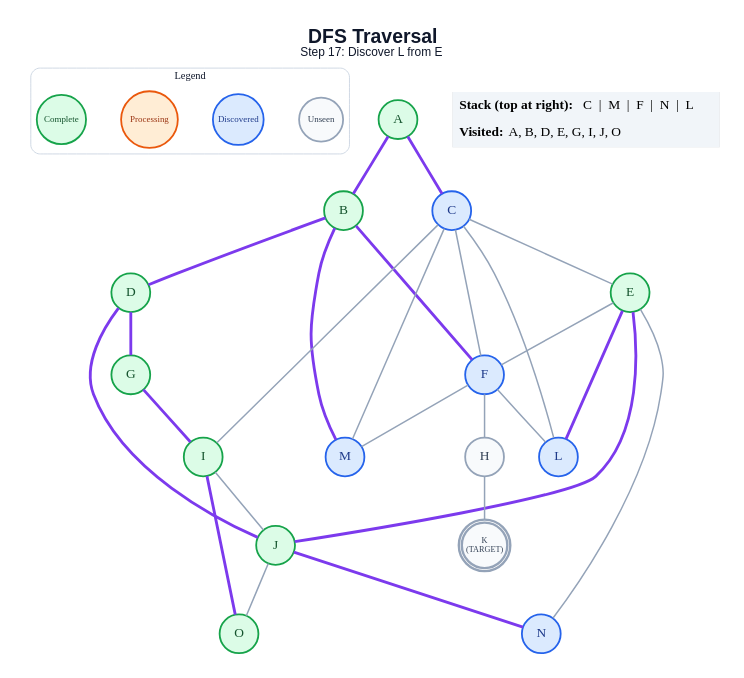
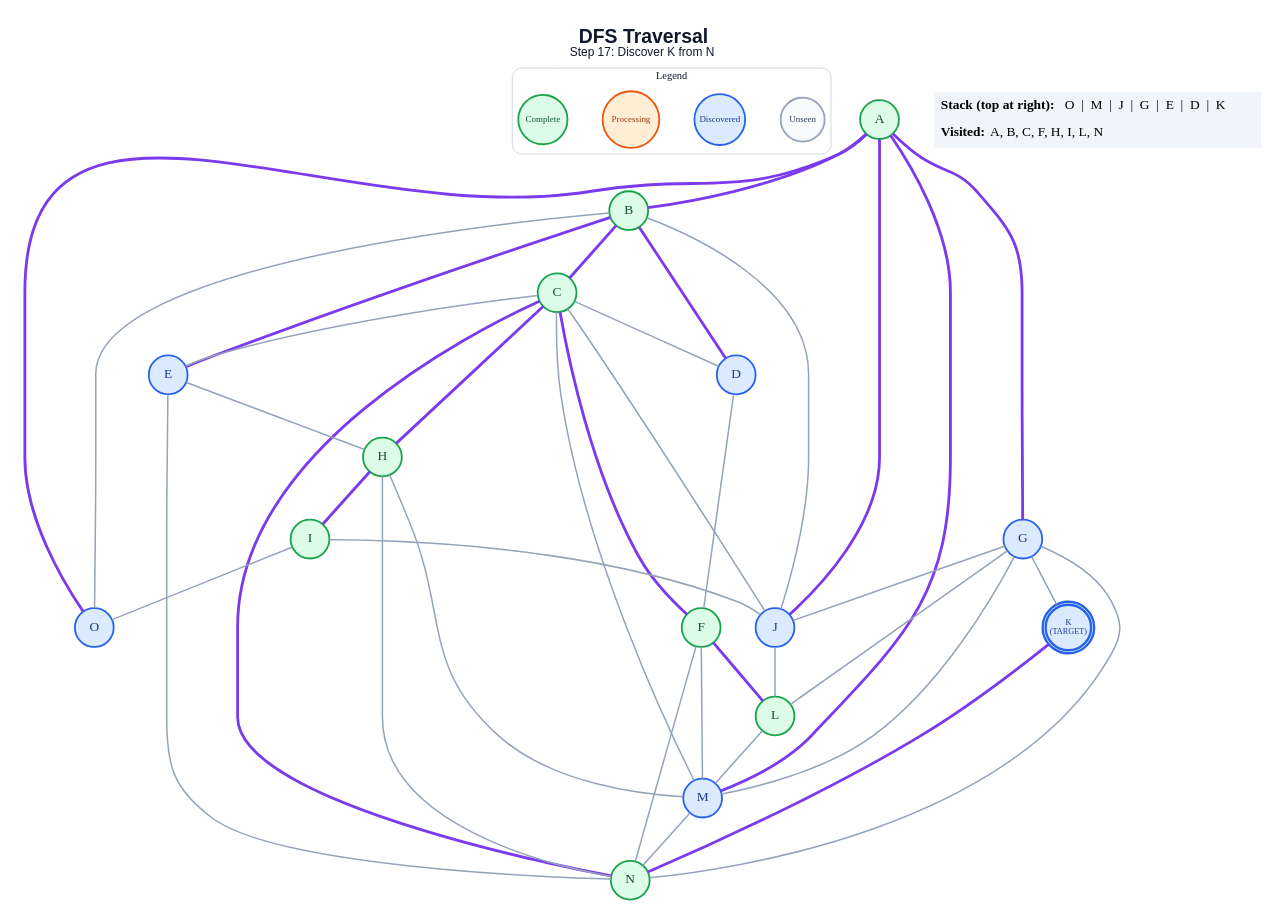
One commit to anon7238593-create/ai-slop changed the diagram in generated/specific-node/dfs/step_17.dot. Above: the diagram before and after it, drawn with Graphviz. The commit also changed 361 other files, not shown here.

```diff
--- a/generated/specific-node/dfs/step_17.dot
+++ b/generated/specific-node/dfs/step_17.dot
@@ -1,59 +1,71 @@
 graph traversal {
   graph [layout=dot, rankdir=TB, bgcolor="#FFFFFF", pad="0.35", nodesep="0.65", ranksep="0.8", fontname="Arial"];
   node [shape=circle, style="filled", fontname="Arial Bold", fontsize=18, width=0.72, fixedsize=true, penwidth=2.4];
   edge [color="#94A3B8", penwidth=2.0];
-  label=<<B>DFS Traversal</B><BR/><FONT POINT-SIZE="16">Step 17: Discover L from E</FONT>>; labelloc="t"; fontsize=26; fontname="Arial"; fontcolor="#0F172A";
+  label=<<B>DFS Traversal</B><BR/><FONT POINT-SIZE="16">Step 17: Discover K from N</FONT>>; labelloc="t"; fontsize=26; fontname="Arial"; fontcolor="#0F172A";
   subgraph cluster_legend { label="Legend"; color="#CBD5E1"; penwidth=1.2; style="rounded"; fontsize=14; fontname="Arial Bold";
     key_unseen [label="Unseen", fillcolor="#F8FAFC", color="#94A3B8", fontcolor="#334155", fontsize=12, width=0.82];
     key_frontier [label="Discovered", fillcolor="#DBEAFE", color="#2563EB", fontcolor="#1E3A8A", fontsize=12, width=0.95];
     key_current [label="Processing", fillcolor="#FFEDD5", color="#EA580C", fontcolor="#9A3412", fontsize=12, width=1.05];
     key_done [label="Complete", fillcolor="#DCFCE7", color="#16A34A", fontcolor="#14532D", fontsize=12, width=0.92];
     { rank=same; key_unseen; key_frontier; key_current; key_done; }
   }
   A [label="A", fillcolor="#DCFCE7", color="#16A34A", fontcolor="#14532D", peripheries=1, penwidth=2.4];
   B [label="B", fillcolor="#DCFCE7", color="#16A34A", fontcolor="#14532D", peripheries=1, penwidth=2.4];
-  C [label="C", fillcolor="#DBEAFE", color="#2563EB", fontcolor="#1E3A8A", peripheries=1, penwidth=2.4];
-  D [label="D", fillcolor="#DCFCE7", color="#16A34A", fontcolor="#14532D", peripheries=1, penwidth=2.4];
-  E [label="E", fillcolor="#DCFCE7", color="#16A34A", fontcolor="#14532D", peripheries=1, penwidth=2.4];
-  F [label="F", fillcolor="#DBEAFE", color="#2563EB", fontcolor="#1E3A8A", peripheries=1, penwidth=2.4];
-  G [label="G", fillcolor="#DCFCE7", color="#16A34A", fontcolor="#14532D", peripheries=1, penwidth=2.4];
-  H [label="H", fillcolor="#F8FAFC", color="#94A3B8", fontcolor="#334155", peripheries=1, penwidth=2.4];
+  C [label="C", fillcolor="#DCFCE7", color="#16A34A", fontcolor="#14532D", peripheries=1, penwidth=2.4];
+  D [label="D", fillcolor="#DBEAFE", color="#2563EB", fontcolor="#1E3A8A", peripheries=1, penwidth=2.4];
+  E [label="E", fillcolor="#DBEAFE", color="#2563EB", fontcolor="#1E3A8A", peripheries=1, penwidth=2.4];
+  F [label="F", fillcolor="#DCFCE7", color="#16A34A", fontcolor="#14532D", peripheries=1, penwidth=2.4];
+  G [label="G", fillcolor="#DBEAFE", color="#2563EB", fontcolor="#1E3A8A", peripheries=1, penwidth=2.4];
+  H [label="H", fillcolor="#DCFCE7", color="#16A34A", fontcolor="#14532D", peripheries=1, penwidth=2.4];
   I [label="I", fillcolor="#DCFCE7", color="#16A34A", fontcolor="#14532D", peripheries=1, penwidth=2.4];
-  J [label="J", fillcolor="#DCFCE7", color="#16A34A", fontcolor="#14532D", peripheries=1, penwidth=2.4];
-  K [label="K\n(TARGET)", fillcolor="#F8FAFC", color="#94A3B8", fontcolor="#334155", peripheries=2, penwidth=3.2, fontsize=11, width=0.85, height=0.85];
-  L [label="L", fillcolor="#DBEAFE", color="#2563EB", fontcolor="#1E3A8A", peripheries=1, penwidth=2.4];
+  J [label="J", fillcolor="#DBEAFE", color="#2563EB", fontcolor="#1E3A8A", peripheries=1, penwidth=2.4];
+  K [label="K\n(TARGET)", fillcolor="#DBEAFE", color="#2563EB", fontcolor="#1E3A8A", peripheries=2, penwidth=3.2, fontsize=11, width=0.85, height=0.85];
+  L [label="L", fillcolor="#DCFCE7", color="#16A34A", fontcolor="#14532D", peripheries=1, penwidth=2.4];
   M [label="M", fillcolor="#DBEAFE", color="#2563EB", fontcolor="#1E3A8A", peripheries=1, penwidth=2.4];
-  N [label="N", fillcolor="#DBEAFE", color="#2563EB", fontcolor="#1E3A8A", peripheries=1, penwidth=2.4];
-  O [label="O", fillcolor="#DCFCE7", color="#16A34A", fontcolor="#14532D", peripheries=1, penwidth=2.4];
+  N [label="N", fillcolor="#DCFCE7", color="#16A34A", fontcolor="#14532D", peripheries=1, penwidth=2.4];
+  O [label="O", fillcolor="#DBEAFE", color="#2563EB", fontcolor="#1E3A8A", peripheries=1, penwidth=2.4];
   A -- B [color="#7C3AED", penwidth=3.8];
-  A -- C [color="#7C3AED", penwidth=3.8];
+  A -- G [color="#7C3AED", penwidth=3.8];
+  A -- J [color="#7C3AED", penwidth=3.8];
+  A -- M [color="#7C3AED", penwidth=3.8];
+  A -- O [color="#7C3AED", penwidth=3.8];
+  B -- C [color="#7C3AED", penwidth=3.8];
   B -- D [color="#7C3AED", penwidth=3.8];
-  B -- F [color="#7C3AED", penwidth=3.8];
-  B -- M [color="#7C3AED", penwidth=3.8];
+  B -- E [color="#7C3AED", penwidth=3.8];
+  B -- J;
+  B -- O;
+  C -- D;
   C -- E;
-  C -- F;
-  C -- I;
-  C -- L;
+  C -- F [color="#7C3AED", penwidth=3.8];
+  C -- H [color="#7C3AED", penwidth=3.8];
+  C -- J;
   C -- M;
-  D -- G [color="#7C3AED", penwidth=3.8];
-  D -- J [color="#7C3AED", penwidth=3.8];
-  E -- F;
-  E -- J [color="#7C3AED", penwidth=3.8];
-  E -- L [color="#7C3AED", penwidth=3.8];
+  C -- N [color="#7C3AED", penwidth=3.8];
+  D -- F;
+  E -- H;
   E -- N;
-  F -- H;
-  F -- L;
+  F -- L [color="#7C3AED", penwidth=3.8];
   F -- M;
-  G -- I [color="#7C3AED", penwidth=3.8];
-  H -- K;
+  F -- N;
+  G -- J;
+  G -- K;
+  G -- L;
+  G -- M;
+  G -- N;
+  H -- I [color="#7C3AED", penwidth=3.8];
+  H -- M;
+  H -- N;
   I -- J;
-  I -- O [color="#7C3AED", penwidth=3.8];
-  J -- N [color="#7C3AED", penwidth=3.8];
-  J -- O;
+  I -- O;
+  J -- L;
+  K -- N [color="#7C3AED", penwidth=3.8];
+  L -- M;
+  M -- N;
   status [shape=plain, fixedsize=false, width=0, height=0, margin=0, label=<
     <TABLE BORDER="0" CELLBORDER="0" CELLPADDING="7" BGCOLOR="#F1F5F9">
-      <TR><TD ALIGN="LEFT"><B>Stack (top at right):</B> C  |  M  |  F  |  N  |  L</TD></TR>
-      <TR><TD ALIGN="LEFT"><B>Visited:</B> A, B, D, E, G, I, J, O</TD></TR>
+      <TR><TD ALIGN="LEFT"><B>Stack (top at right):</B> O  |  M  |  J  |  G  |  E  |  D  |  K</TD></TR>
+      <TR><TD ALIGN="LEFT"><B>Visited:</B> A, B, C, F, H, I, L, N</TD></TR>
     </TABLE>
   >];
 }
```
